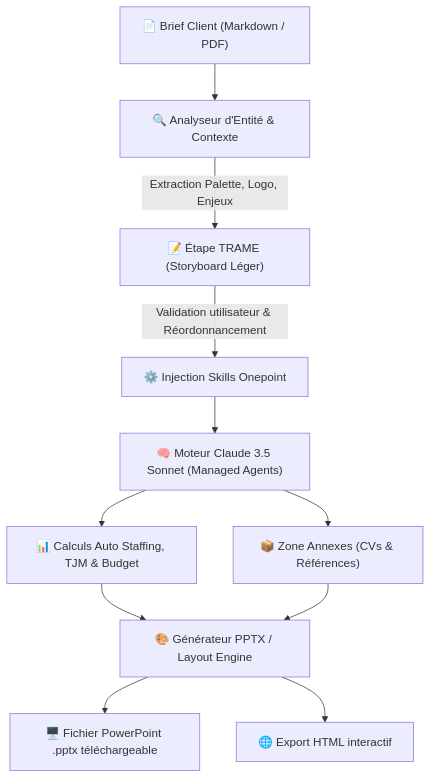
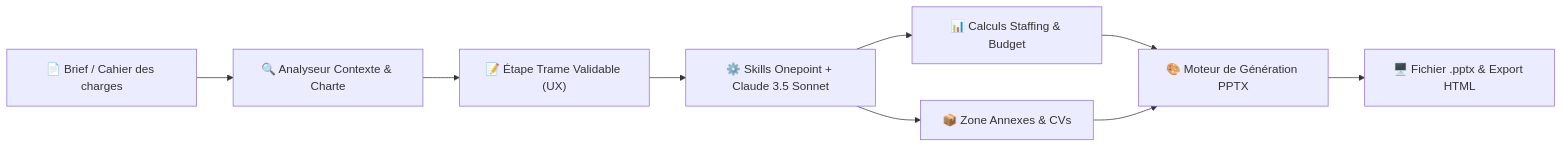
Before and after one commit to emiliejng/second-brain-Emilie: the diagram in 01 - Projects/Stage OnePoint - AI Lab/Fiches Techniques/FT02 - Agent Proposition Commerciale PPTX.md, drawn with Mermaid. The commit also changed other lines of this file and 10 other files, not shown here.

````diff
--- a/01 - Projects/Stage OnePoint - AI Lab/Fiches Techniques/FT02 - Agent Proposition Commerciale PPTX.md
+++ b/01 - Projects/Stage OnePoint - AI Lab/Fiches Techniques/FT02 - Agent Proposition Commerciale PPTX.md
@@ -37,12 +42,10 @@
 ```mermaid
-flowchart TD
-    A["📄 Brief Client (Markdown / PDF)"] --> B["🔍 Analyseur d'Entité & Contexte"]
-    B -->|"Extraction Palette, Logo, Enjeux"| C["📝 Étape TRAME (Storyboard Léger)"]
-    C -->|"Validation utilisateur & Réordonnancement"| D["⚙️ Injection Skills Onepoint"]
-    D --> E["🧠 Moteur Claude 3.5 Sonnet (Managed Agents)"]
-    E --> F["📊 Calculs Auto Staffing, TJM & Budget"]
-    E --> G["📦 Zone Annexes (CVs & Références)"]
-    F & G --> H["🎨 Générateur PPTX / Layout Engine"]
-    H --> I["🖥️ Fichier PowerPoint .pptx téléchargeable"]
-    H --> J["🌐 Export HTML interactif"]
+flowchart LR
+    A["📄 Brief / Cahier des charges"] --> B["🔍 Analyseur Contexte & Charte"]
+    B --> C["📝 Étape Trame Validable (UX)"]
+    C --> D["⚙️ Skills Onepoint + Claude 3.5 Sonnet"]
+    D --> E["📊 Calculs Staffing & Budget"]
+    D --> F["📦 Zone Annexes & CVs"]
+    E & F --> G["🎨 Moteur de Génération PPTX"]
+    G --> H["🖥️ Fichier .pptx & Export HTML"]
 ```
````
